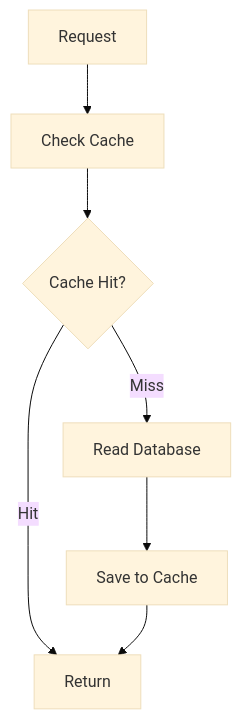
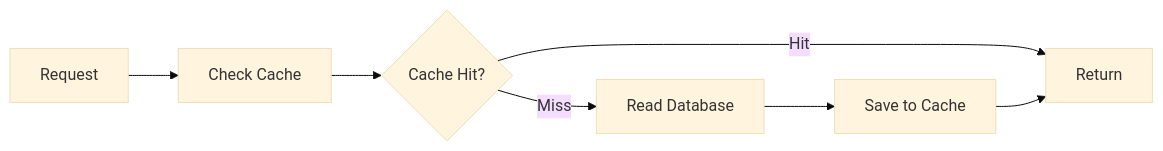
One commit to imLeo007/profile-cache changed the first of 5 diagrams in README.md. Above: the diagram before and after it, drawn with Mermaid (base theme). The commit also changed other lines of this file, not shown here.

````diff
--- a/README.md
+++ b/README.md
@@ -23,9 +23,9 @@
 ```mermaid
-flowchart TD
+flowchart LR
     A[Request] --> B[Check Cache]
     B --> C{Cache Hit?}
     C -->|Hit| D[Return]
     C -->|Miss| E[Read Database]
     E --> F[Save to Cache]
     F --> D
 ```
````
